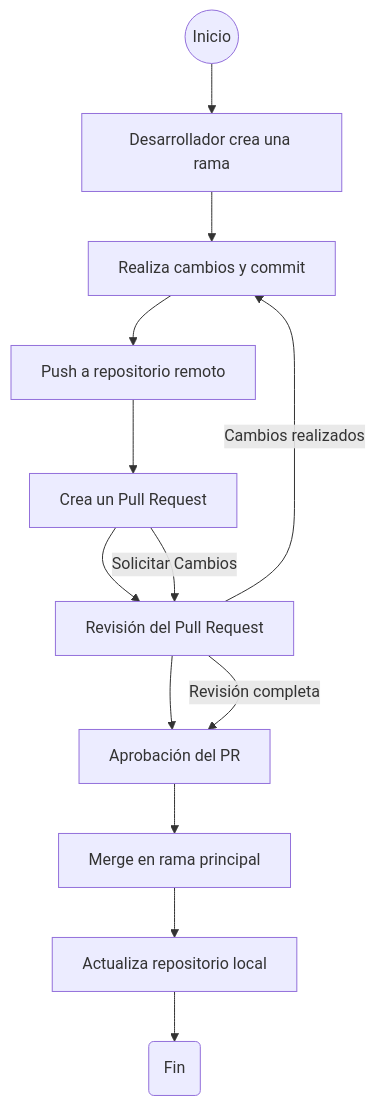
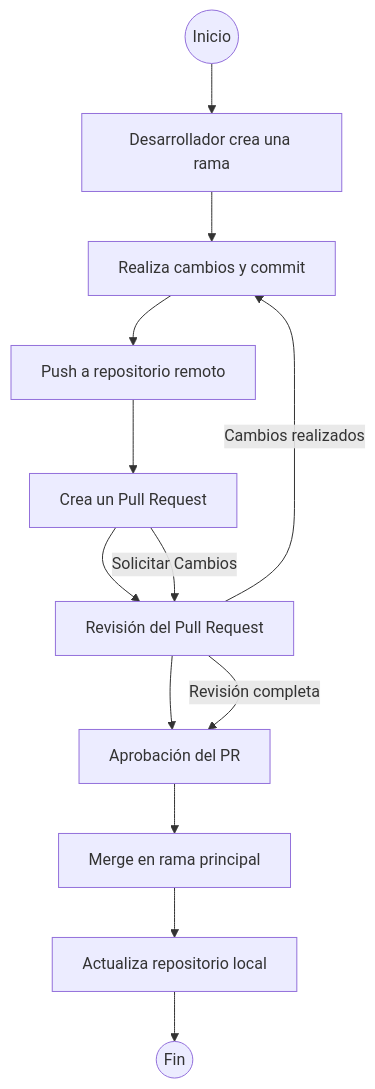
One commit to Analisis-y-metodologia-de-sistemas-2024/DiagramaPullRequest changed the diagram in README.md. Above: the diagram before and after it, drawn with Mermaid.

````diff
--- a/README.md
+++ b/README.md
@@ -2,16 +2,16 @@
 ```mermaid
 flowchart TD
     X((Inicio)) --> A[Desarrollador crea una rama]
     A --> B[Realiza cambios y commit]
     B --> C[Push a repositorio remoto]
     C --> D[Crea un Pull Request]
     D --> E[Revisión del Pull Request]
     E --> F[Aprobación del PR]
     F --> G[Merge en rama principal]
     G --> H[Actualiza repositorio local]
-    H --> I(Fin)
+    H --> I((Fin))
     
     D -->|Solicitar Cambios| E
     E -->|Cambios realizados| B
     E -->|Revisión completa| F
 ```
````
